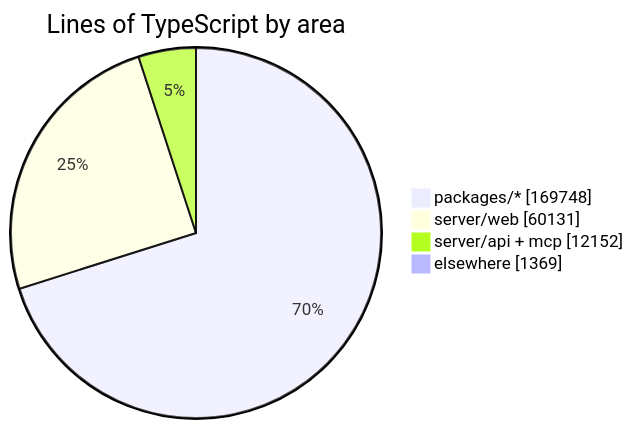
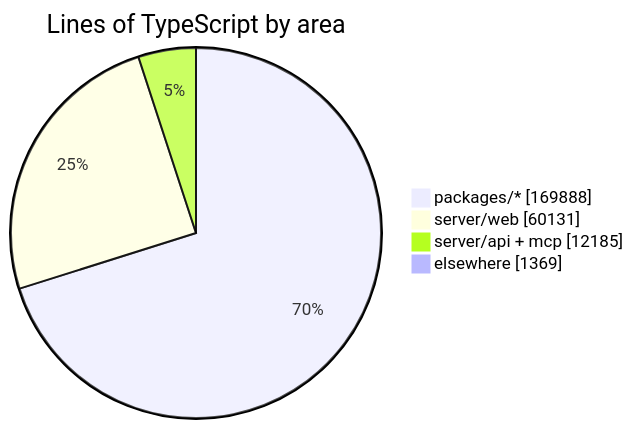
The diagram in README.md (crossworks-engineering/mantle), drawn with Mermaid before and after one commit. The commit also changed other lines of this file and 2 other files, not shown here.

````diff
--- a/README.md
+++ b/README.md
@@ -279,7 +279,7 @@
 ```mermaid
 pie showData title Lines of TypeScript by area
-    "packages/*" : 169748
+    "packages/*" : 169888
     "server/web" : 60131
-    "server/api + mcp" : 12152
+    "server/api + mcp" : 12185
     "elsewhere" : 1369
 ```
````
